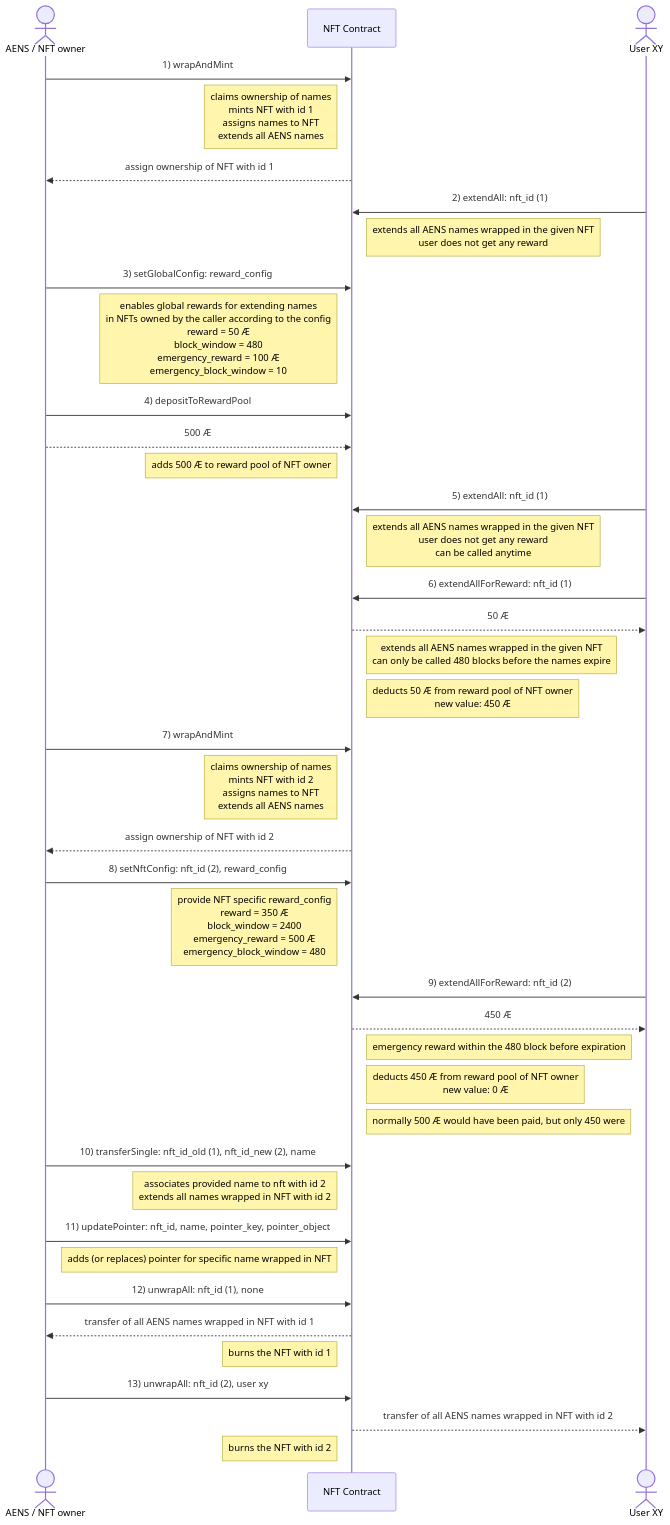
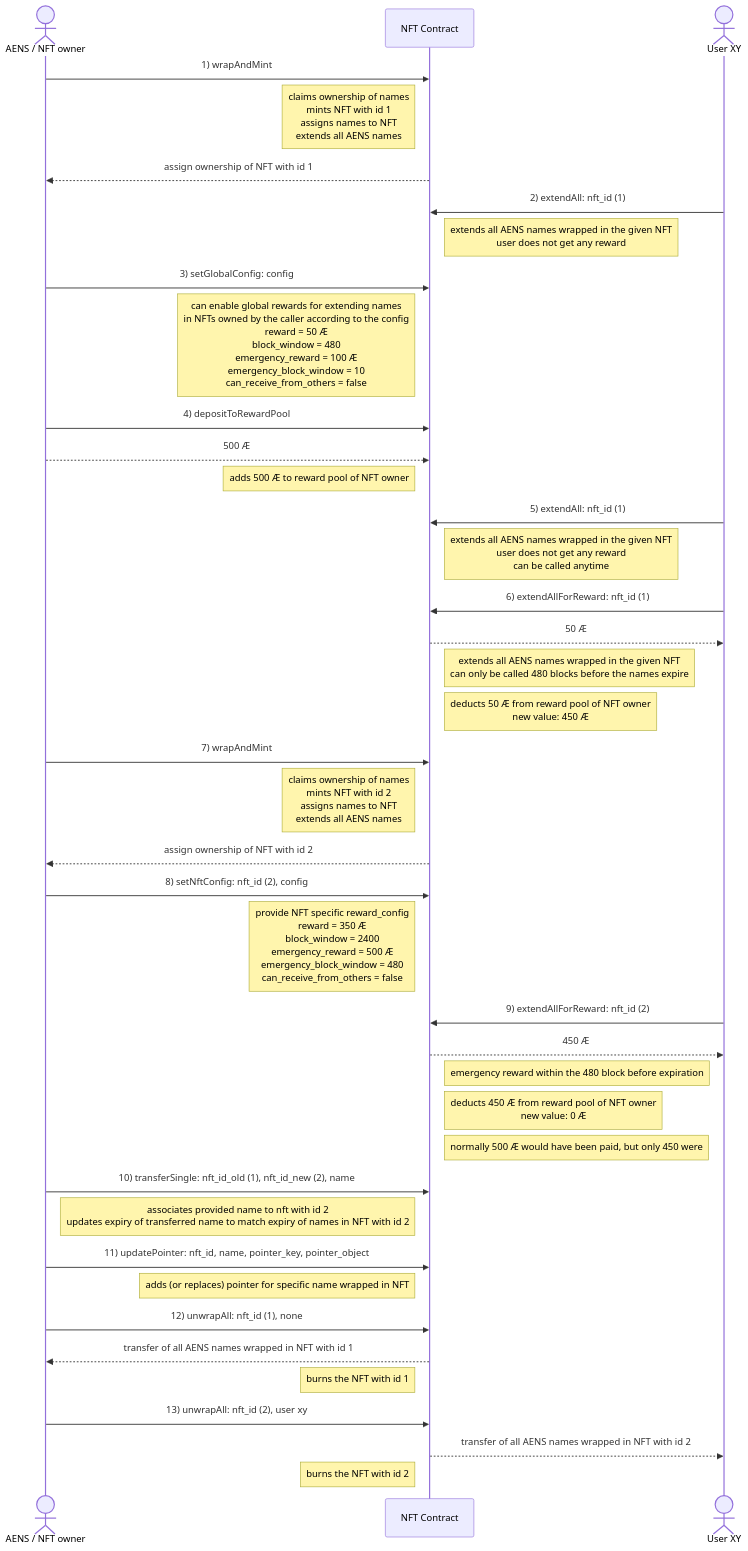
The diagram in docs/diagrams/full-example-sequence.md (marc0olo/aens-nfts), drawn with Mermaid before and after one commit. The commit also changed 5 other files, not shown here.

````diff
--- a/docs/diagrams/full-example-sequence.md
+++ b/docs/diagrams/full-example-sequence.md
@@ -3,55 +3,55 @@
 ```mermaid
 sequenceDiagram
     actor AENS / NFT owner
 
     AENS / NFT owner ->> NFT Contract: 1) wrapAndMint
     Note left of NFT Contract: claims ownership of names<br />mints NFT with id 1<br />assigns names to NFT<br />extends all AENS names
     NFT Contract -->> AENS / NFT owner: assign ownership of NFT with id 1
 
     actor User XY
 
     User XY ->> NFT Contract: 2) extendAll: nft_id (1)
     Note right of NFT Contract: extends all AENS names wrapped in the given NFT<br /> user does not get any reward
 
-    AENS / NFT owner ->> NFT Contract: 3) setGlobalConfig: reward_config
-    Note left of NFT Contract: enables global rewards for extending names<br />in NFTs owned by the caller according to the config<br />reward = 50 Æ<br />block_window = 480<br />emergency_reward = 100 Æ<br />emergency_block_window = 10
+    AENS / NFT owner ->> NFT Contract: 3) setGlobalConfig: config
+    Note left of NFT Contract: can enable global rewards for extending names<br />in NFTs owned by the caller according to the config<br />reward = 50 Æ<br />block_window = 480<br />emergency_reward = 100 Æ<br />emergency_block_window = 10<br />can_receive_from_others = false
 
     AENS / NFT owner ->> NFT Contract: 4) depositToRewardPool
     AENS / NFT owner -->> NFT Contract: 500 Æ
     Note left of NFT Contract: adds 500 Æ to reward pool of NFT owner
 
     User XY ->> NFT Contract: 5) extendAll: nft_id (1)
     Note right of NFT Contract: extends all AENS names wrapped in the given NFT<br /> user does not get any reward<br /> can be called anytime
 
     User XY ->> NFT Contract: 6) extendAllForReward: nft_id (1)
     NFT Contract -->> User XY: 50 Æ
     Note right of NFT Contract: extends all AENS names wrapped in the given NFT<br /> can only be called 480 blocks before the names expire
     Note right of NFT Contract: deducts 50 Æ from reward pool of NFT owner<br />new value: 450 Æ
 
     AENS / NFT owner ->> NFT Contract: 7) wrapAndMint
     Note left of NFT Contract: claims ownership of names<br />mints NFT with id 2<br />assigns names to NFT<br />extends all AENS names
     NFT Contract -->> AENS / NFT owner: assign ownership of NFT with id 2
 
-    AENS / NFT owner ->> NFT Contract: 8) setNftConfig: nft_id (2), reward_config
-    Note left of NFT Contract: provide NFT specific reward_config<br />reward = 350 Æ<br />block_window = 2400<br />emergency_reward = 500 Æ<br />emergency_block_window = 480
+    AENS / NFT owner ->> NFT Contract: 8) setNftConfig: nft_id (2), config
+    Note left of NFT Contract: provide NFT specific reward_config<br />reward = 350 Æ<br />block_window = 2400<br />emergency_reward = 500 Æ<br />emergency_block_window = 480<br />can_receive_from_others = false
 
     User XY ->> NFT Contract: 9) extendAllForReward: nft_id (2)
     NFT Contract -->> User XY: 450 Æ
     Note right of NFT Contract: emergency reward within the 480 block before expiration
     Note right of NFT Contract: deducts 450 Æ from reward pool of NFT owner<br />new value: 0 Æ
     Note right of NFT Contract: normally 500 Æ would have been paid, but only 450 were 
     
     AENS / NFT owner ->> NFT Contract: 10) transferSingle: nft_id_old (1), nft_id_new (2), name
-    Note left of NFT Contract: associates provided name to nft with id 2<br />extends all names wrapped in NFT with id 2
+    Note left of NFT Contract: associates provided name to nft with id 2<br />updates expiry of transferred name to match expiry of names in NFT with id 2
 
     AENS / NFT owner ->> NFT Contract: 11) updatePointer: nft_id, name, pointer_key, pointer_object
     Note left of NFT Contract: adds (or replaces) pointer for specific name wrapped in NFT
 
     AENS / NFT owner ->> NFT Contract: 12) unwrapAll: nft_id (1), none
     NFT Contract -->> AENS / NFT owner: transfer of all AENS names wrapped in NFT with id 1
     Note left of NFT Contract: burns the NFT with id 1
 
     AENS / NFT owner ->> NFT Contract: 13) unwrapAll: nft_id (2), user xy
     NFT Contract -->> User XY: transfer of all AENS names wrapped in NFT with id 2
     Note left of NFT Contract: burns the NFT with id 2
 ```
````
